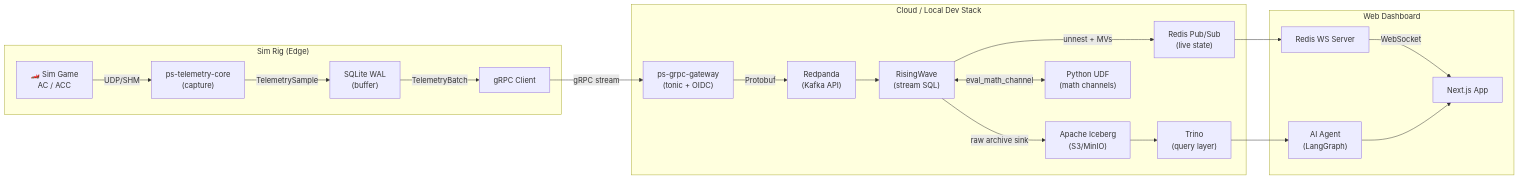
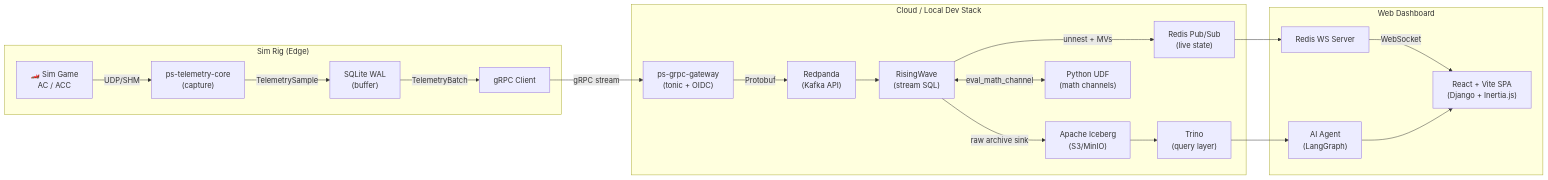
Before and after one commit to chrismarth/PurpleSector: the first of 5 diagrams in docs/CLOUD_PIPELINE.md, drawn with Mermaid. The commit also changed other lines of this file and 10 other files, not shown here.

````diff
--- a/docs/CLOUD_PIPELINE.md
+++ b/docs/CLOUD_PIPELINE.md
@@ -15,40 +15,40 @@
 ```mermaid
 flowchart LR
     subgraph Edge["Sim Rig (Edge)"]
         SIM["🏎️ Sim Game<br/>AC / ACC"]
         CAP["ps-telemetry-core<br/>(capture)"]
         WAL["SQLite WAL<br/>(buffer)"]
         GRPC_C["gRPC Client"]
     end
 
     subgraph Cloud["Cloud / Local Dev Stack"]
         GW["ps-grpc-gateway<br/>(tonic + OIDC)"]
         RP["Redpanda<br/>(Kafka API)"]
         RW["RisingWave<br/>(stream SQL)"]
         REDIS["Redis Pub/Sub<br/>(live state)"]
         ICE["Apache Iceberg<br/>(S3/MinIO)"]
         TRINO["Trino<br/>(query layer)"]
         UDF["Python UDF<br/>(math channels)"]
     end
 
     subgraph UI["Web Dashboard"]
         WS["Redis WS Server"]
-        NEXT["Next.js App"]
+        REACT["React + Vite SPA<br/>(Django + Inertia.js)"]
         AGENT["AI Agent<br/>(LangGraph)"]
     end
 
     SIM -->|UDP/SHM| CAP
     CAP -->|TelemetrySample| WAL
     WAL -->|TelemetryBatch| GRPC_C
     GRPC_C -->|gRPC stream| GW
     GW -->|Protobuf| RP
     RP --> RW
     RW -->|unnest + MVs| REDIS
     RW -->|raw archive sink| ICE
     RW <-->|eval_math_channel| UDF
     REDIS --> WS
-    WS -->|WebSocket| NEXT
+    WS -->|WebSocket| REACT
     ICE --> TRINO
     TRINO --> AGENT
-    AGENT --> NEXT
+    AGENT --> REACT
 ```
````
